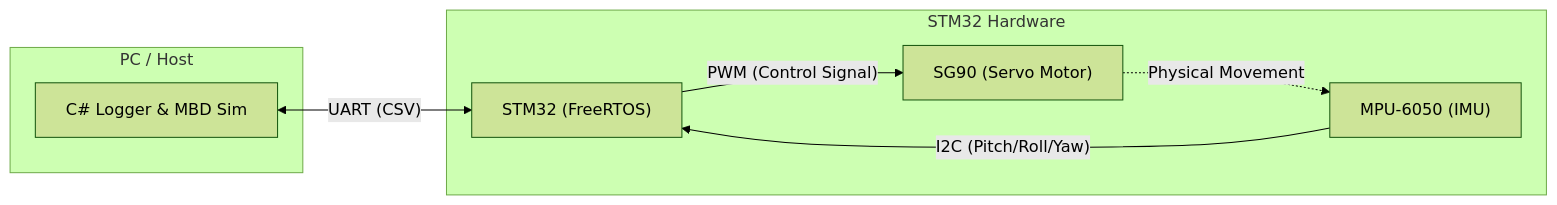
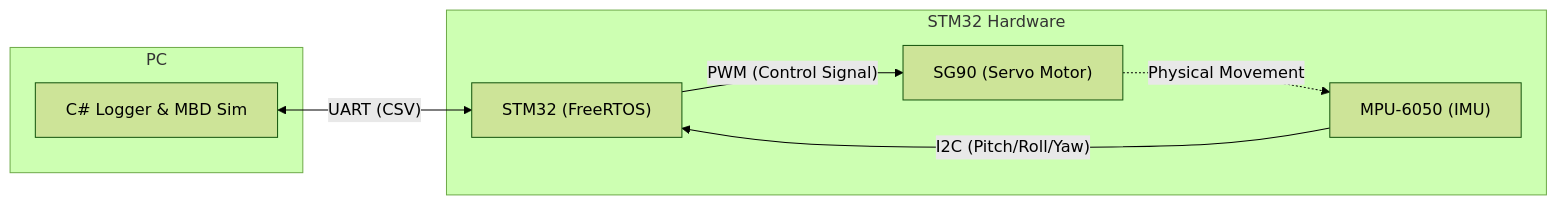
One commit to Sun38-lab/MobilityDynamicsSystem changed the first of 3 diagrams in README.md. Above: the diagram before and after it, drawn with Mermaid (forest theme). The commit also changed other lines of this file, not shown here.

````diff
--- a/README.md
+++ b/README.md
@@ -28,17 +28,17 @@
 ```mermaid
 flowchart LR
-    subgraph PC["PC / Host"]
+    subgraph PC["PC"]
         Logger["C# Logger & MBD Sim"]
     end
 
     subgraph Embedded["STM32 Hardware"]
         MCU["STM32 (FreeRTOS)"]
         IMU["MPU-6050 (IMU)"]
         Servo["SG90 (Servo Motor)"]
     end
 
     Logger <-->|"UART (CSV)"| MCU
     IMU -->|"I2C (Pitch/Roll/Yaw)"| MCU
     MCU -->|"PWM (Control Signal)"| Servo
     Servo -.->|"Physical Movement"| IMU
 ```
````
